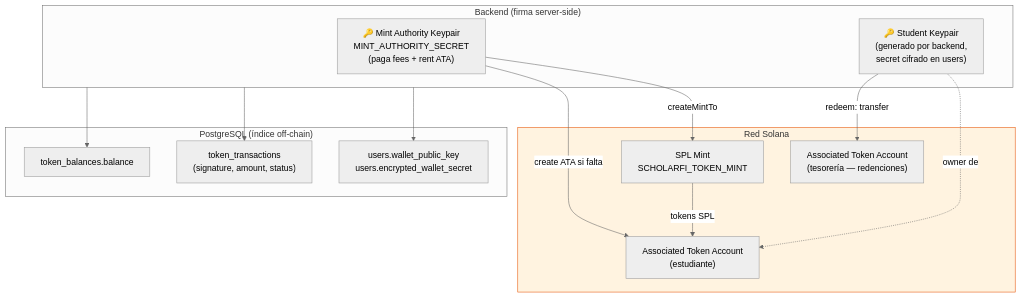
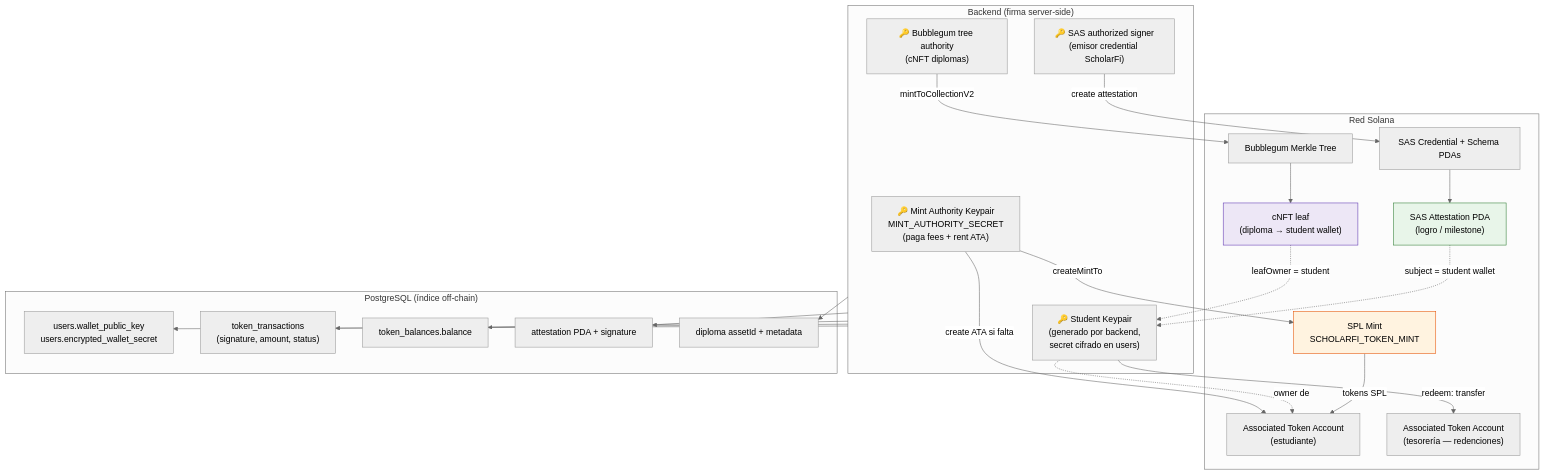
Before and after one commit to angeldavid218/scholarfi: diagram 16 of 23 in docs/arquitectura-mvp.md, drawn with Mermaid (neutral theme). The commit also changed other lines of this file and 9 other files, not shown here.

````diff
--- a/docs/arquitectura-mvp.md
+++ b/docs/arquitectura-mvp.md
@@ -733,32 +928,49 @@
 ```mermaid
 flowchart TB
     subgraph Backend["Backend (firma server-side)"]
         MA["🔑 Mint Authority Keypair\nMINT_AUTHORITY_SECRET\n(paga fees + rent ATA)"]
         SK["🔑 Student Keypair\n(generado por backend,\nsecret cifrado en users)"]
+        SA["🔑 SAS authorized signer\n(emisor credential ScholarFi)"]
+        BA["🔑 Bubblegum tree authority\n(cNFT diplomas)"]
     end
 
     subgraph Solana["Red Solana"]
         Mint["SPL Mint\nSCHOLARFI_TOKEN_MINT"]
         ATA_S["Associated Token Account\n(estudiante)"]
         ATA_T["Associated Token Account\n(tesorería — redenciones)"]
+        SASCred["SAS Credential + Schema PDAs"]
+        SASAtt["SAS Attestation PDA\n(logro / milestone)"]
+        Tree["Bubblegum Merkle Tree"]
+        Leaf["cNFT leaf\n(diploma → student wallet)"]
     end
 
     subgraph DB["PostgreSQL (índice off-chain)"]
         U["users.wallet_public_key\nusers.encrypted_wallet_secret"]
         TT["token_transactions\n(signature, amount, status)"]
         TB["token_balances.balance"]
+        AT["attestation PDA + signature"]
+        DP["diploma assetId + metadata"]
     end
 
     MA -->|"createMintTo"| Mint
     Mint -->|"tokens SPL"| ATA_S
     SK -.->|"owner de"| ATA_S
     MA -->|"create ATA si falta"| ATA_S
+    SK -->|"redeem: transfer"| ATA_T
 
-    SK -->|"redeem: transfer"| ATA_T
+    SA -->|"create attestation"| SASCred --> SASAtt
+    SASAtt -.->|"subject = student wallet"| SK
+
+    BA -->|"mintToCollectionV2"| Tree --> Leaf
+    Leaf -.->|"leafOwner = student"| SK
 
     Backend --> U
     Backend --> TT
     Backend --> TB
+    Backend --> AT
+    Backend --> DP
 
-    style Solana fill:#fff3e0,stroke:#E65100
+    style Mint fill:#fff3e0,stroke:#E65100
+    style SASAtt fill:#e8f5e9,stroke:#2E7D32
+    style Leaf fill:#ede7f6,stroke:#5E35B1
 ```
````
